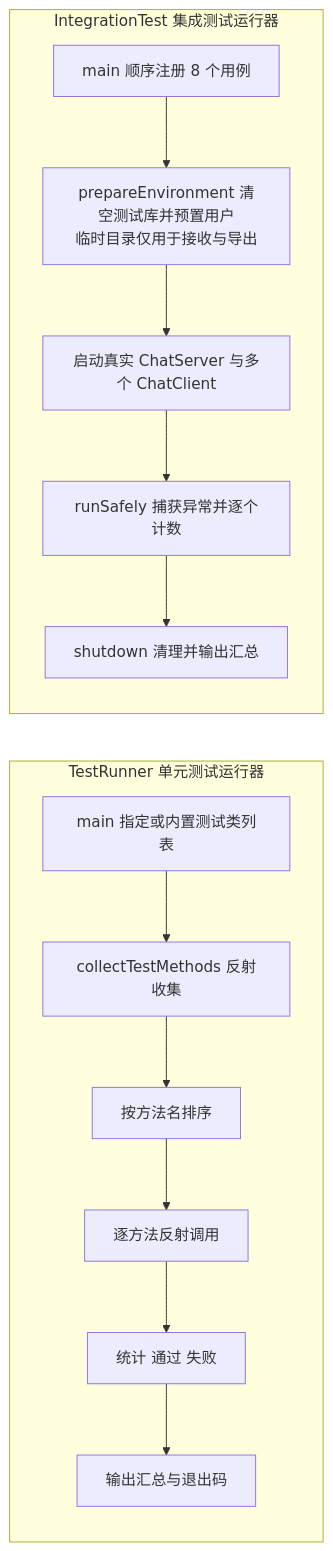
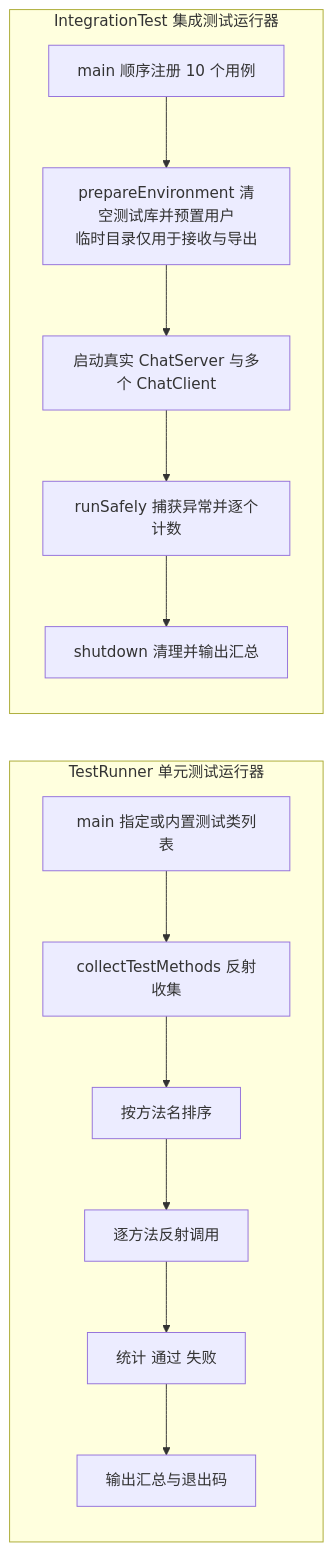
One commit to FeiTwnd/lanchat changed the second of 4 diagrams in docs/test/测试报告.md. Above: the diagram before and after it, drawn with Mermaid. The commit also changed other lines of this file and 17 other files, not shown here.

````diff
--- a/docs/test/测试报告.md
+++ b/docs/test/测试报告.md
@@ -245,16 +260,16 @@
 ```mermaid
 flowchart LR
     subgraph Runner[TestRunner 单元测试运行器]
         M1[main 指定或内置测试类列表] --> S1[collectTestMethods 反射收集]
         S1 --> S2[按方法名排序]
         S2 --> S3[逐方法反射调用]
         S3 --> S4[统计 通过 失败]
         S4 --> S5[输出汇总与退出码]
     end
     subgraph Integration[IntegrationTest 集成测试运行器]
-        M2[main 顺序注册 8 个用例] --> S6[prepareEnvironment 清空测试库并预置用户<br/>临时目录仅用于接收与导出]
+        M2[main 顺序注册 10 个用例] --> S6[prepareEnvironment 清空测试库并预置用户<br/>临时目录仅用于接收与导出]
         S6 --> S7[启动真实 ChatServer 与多个 ChatClient]
         S7 --> S8[runSafely 捕获异常并逐个计数]
         S8 --> S9[shutdown 清理并输出汇总]
     end
 ```
````
